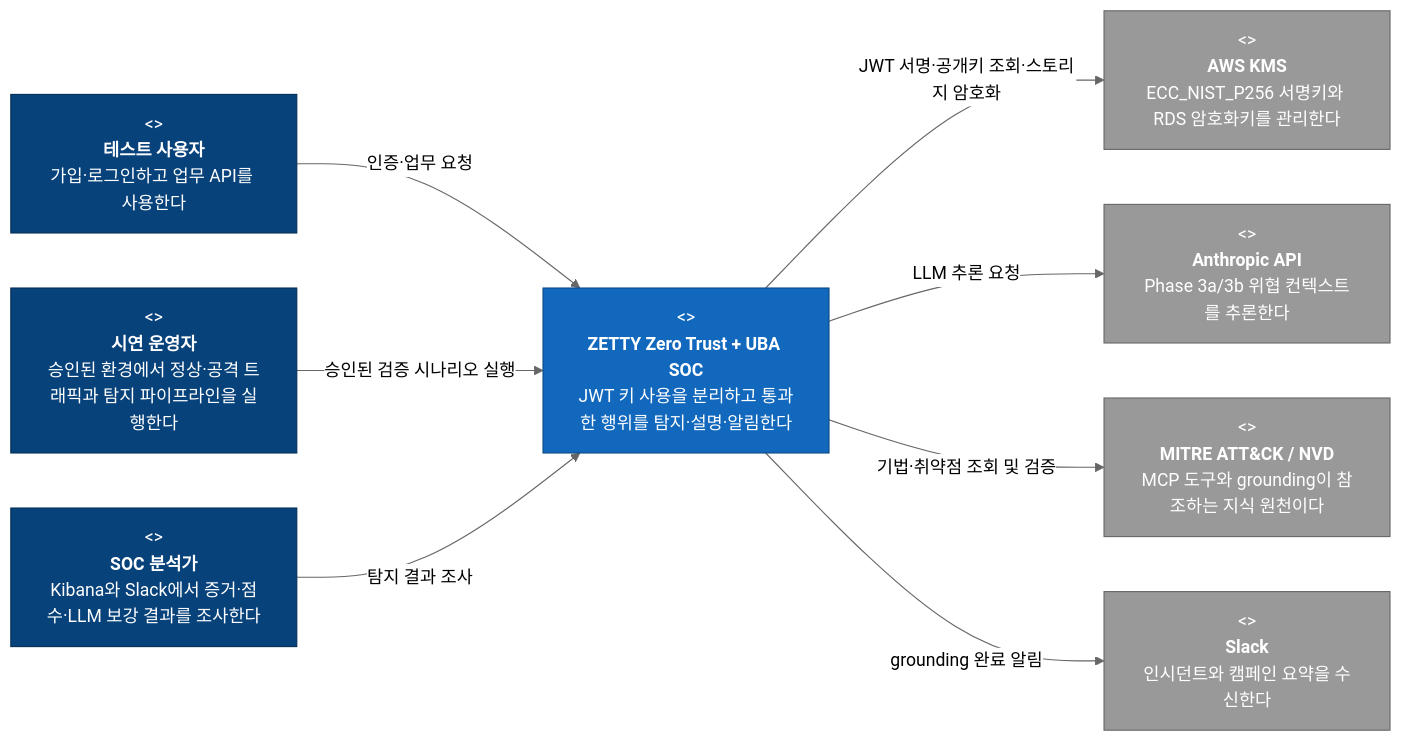
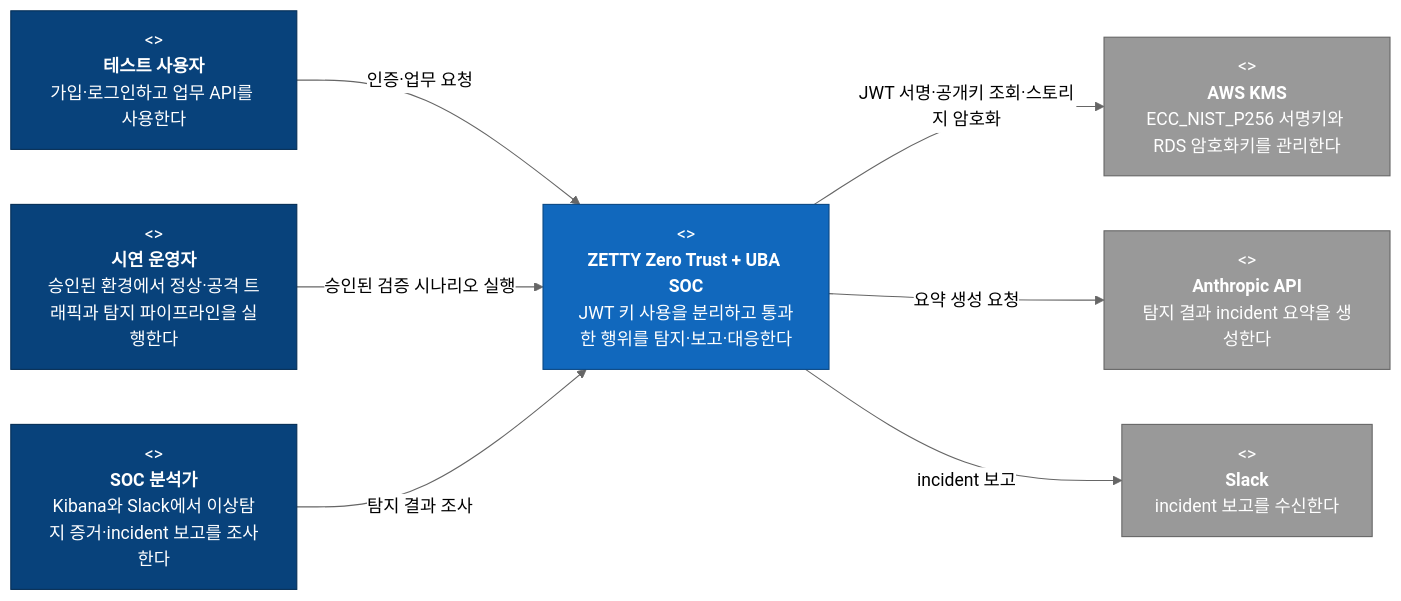
One commit to ZETTY-ZEROTRUST/backend changed the first of 7 diagrams in docs/C4-as-is.md. Above: the diagram before and after it, drawn with Mermaid (neutral theme). The commit also changed other lines of this file and 4 other files, not shown here.

````diff
--- a/docs/C4-as-is.md
+++ b/docs/C4-as-is.md
@@ -36,28 +35,26 @@
 ```mermaid
 flowchart LR
     operator["<<person>><br/><b>시연 운영자</b><br/>승인된 환경에서 정상·공격 트래픽과 탐지 파이프라인을 실행한다"]
-    analyst["<<person>><br/><b>SOC 분석가</b><br/>Kibana와 Slack에서 증거·점수·LLM 보강 결과를 조사한다"]
+    analyst["<<person>><br/><b>SOC 분석가</b><br/>Kibana와 Slack에서 이상탐지 증거·incident 보고를 조사한다"]
     user["<<person>><br/><b>테스트 사용자</b><br/>가입·로그인하고 업무 API를 사용한다"]
 
-    ztty["<<software_system>><br/><b>ZETTY Zero Trust + UBA SOC</b><br/>JWT 키 사용을 분리하고 통과한 행위를 탐지·설명·알림한다"]
+    ztty["<<software_system>><br/><b>ZETTY Zero Trust + UBA SOC</b><br/>JWT 키 사용을 분리하고 통과한 행위를 탐지·보고·대응한다"]
 
     kms["<<external_system>><br/><b>AWS KMS</b><br/>ECC_NIST_P256 서명키와 RDS 암호화키를 관리한다"]
-    anthropic["<<external_system>><br/><b>Anthropic API</b><br/>Phase 3a/3b 위협 컨텍스트를 추론한다"]
-    knowledge["<<external_system>><br/><b>MITRE ATT&CK / NVD</b><br/>MCP 도구와 grounding이 참조하는 지식 원천이다"]
-    slack["<<external_system>><br/><b>Slack</b><br/>인시던트와 캠페인 요약을 수신한다"]
+    anthropic["<<external_system>><br/><b>Anthropic API</b><br/>탐지 결과 incident 요약을 생성한다"]
+    slack["<<external_system>><br/><b>Slack</b><br/>incident 보고를 수신한다"]
 
     user -->|인증·업무 요청| ztty
     operator -->|승인된 검증 시나리오 실행| ztty
     analyst -->|탐지 결과 조사| ztty
     ztty -->|JWT 서명·공개키 조회·스토리지 암호화| kms
-    ztty -->|LLM 추론 요청| anthropic
-    ztty -->|기법·취약점 조회 및 검증| knowledge
-    ztty -->|grounding 완료 알림| slack
+    ztty -->|요약 생성 요청| anthropic
+    ztty -->|incident 보고| slack
 
     classDef person fill:#08427b,color:#fff,stroke:#052e56
     classDef system fill:#1168bd,color:#fff,stroke:#0b4884
     classDef external fill:#999,color:#fff,stroke:#666
     class operator,analyst,user person
     class ztty system
-    class kms,anthropic,knowledge,slack external
+    class kms,anthropic,slack external
 ```
````
